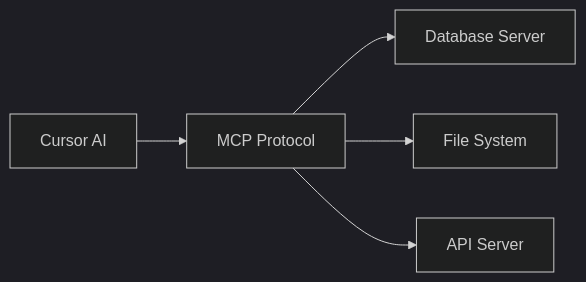
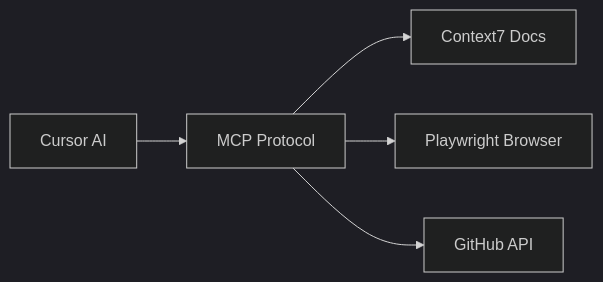
One commit to kousen/cursor-java-training changed the third of 3 diagrams in session5-agents/slides.md. Above: the diagram before and after it, drawn with Mermaid (dark theme). The commit also changed other lines of this file and 4 other files, not shown here.

````diff
--- a/session5-agents/slides.md
+++ b/session5-agents/slides.md
@@ -948,7 +995,7 @@
 ```mermaid {scale: 0.8}
 graph LR
     A[Cursor AI] --> B[MCP Protocol]
-    B --> C[Database Server]
-    B --> D[File System]
-    B --> E[API Server]
+    B --> C[Context7 Docs]
+    B --> D[Playwright Browser]
+    B --> E[GitHub API]
 ```
````
